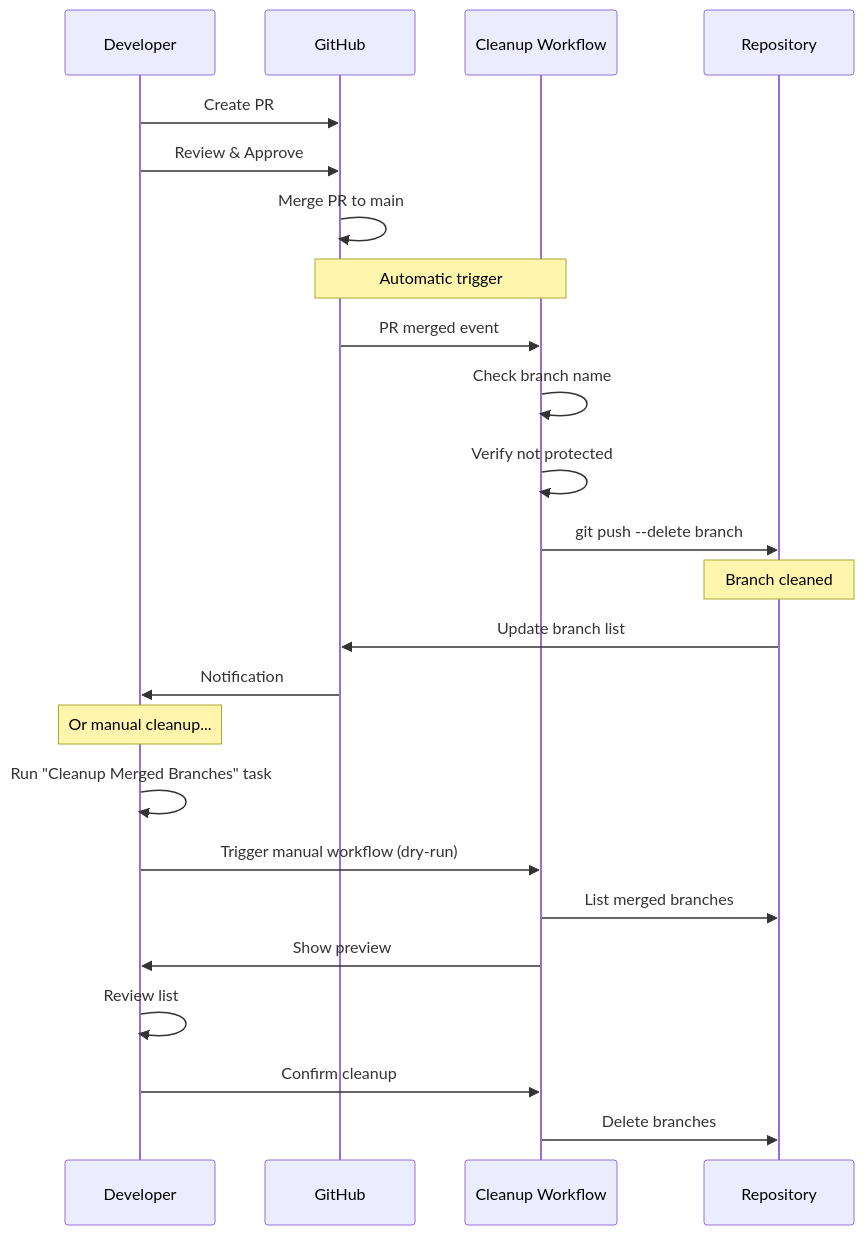
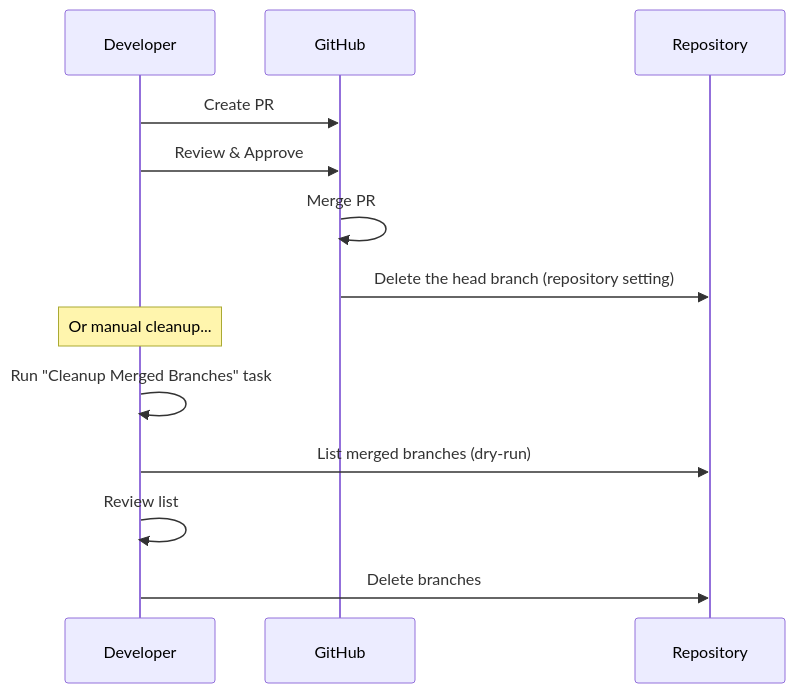
Before and after one commit to malpanez/ansible-devcontainer-vscode: the sixth of 8 diagrams in docs/VSCODE_WORKFLOW.md, drawn with Mermaid. The commit also changed other lines of this file and 33 other files, not shown here.

````diff
--- a/docs/VSCODE_WORKFLOW.md
+++ b/docs/VSCODE_WORKFLOW.md
@@ -203,33 +203,18 @@
 ```mermaid
 sequenceDiagram
     participant Dev as Developer
     participant GH as GitHub
-    participant WF as Cleanup Workflow
     participant Repo as Repository
 
     Dev->>GH: Create PR
     Dev->>GH: Review & Approve
-    GH->>GH: Merge PR to main
-
-    Note over GH,WF: Automatic trigger
-
-    GH->>WF: PR merged event
-    WF->>WF: Check branch name
-    WF->>WF: Verify not protected
-    WF->>Repo: git push --delete branch
-
-    Note over Repo: Branch cleaned
-
-    Repo->>GH: Update branch list
-    GH->>Dev: Notification
+    GH->>GH: Merge PR
+    GH->>Repo: Delete the head branch (repository setting)
 
     Note over Dev: Or manual cleanup...
 
     Dev->>Dev: Run "Cleanup Merged Branches" task
-    Dev->>WF: Trigger manual workflow (dry-run)
-    WF->>Repo: List merged branches
-    WF->>Dev: Show preview
+    Dev->>Repo: List merged branches (dry-run)
     Dev->>Dev: Review list
-    Dev->>WF: Confirm cleanup
-    WF->>Repo: Delete branches
+    Dev->>Repo: Delete branches
 ```
````
